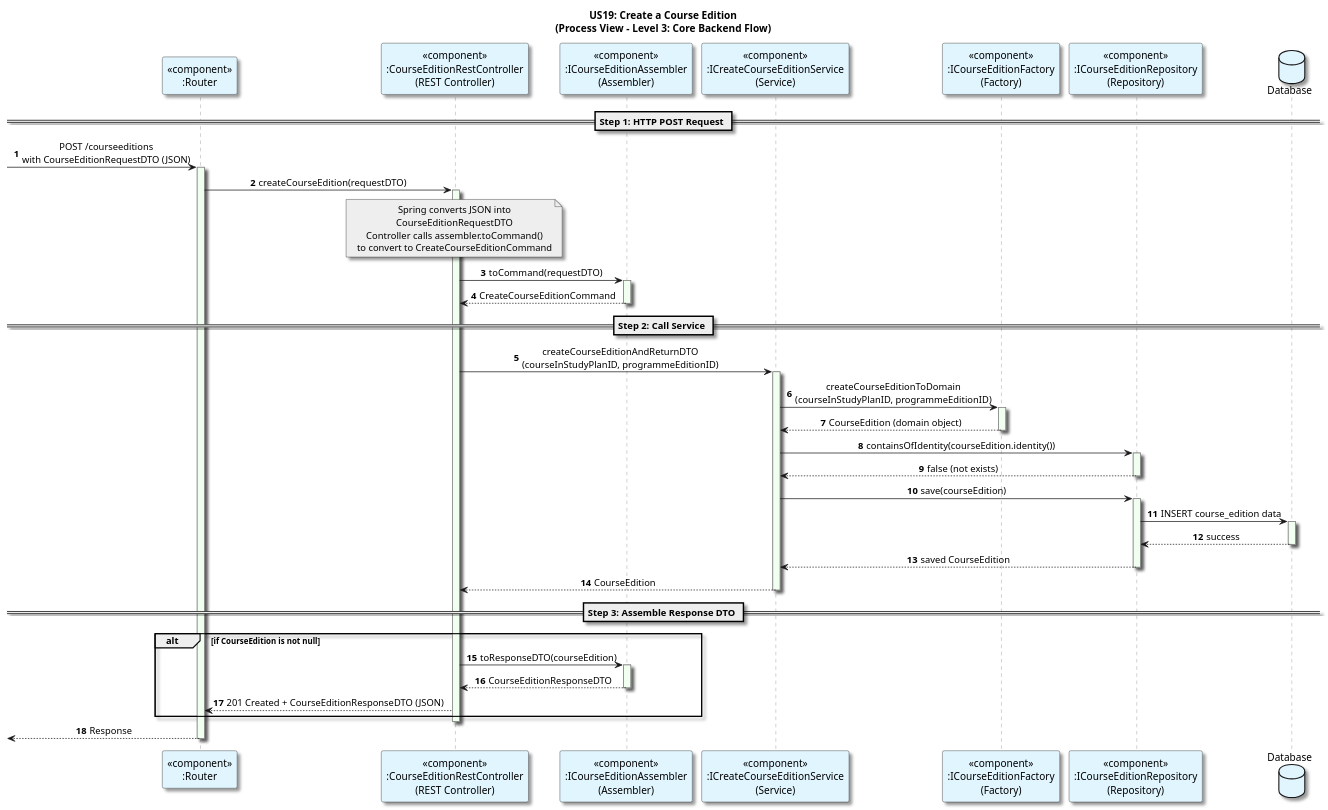
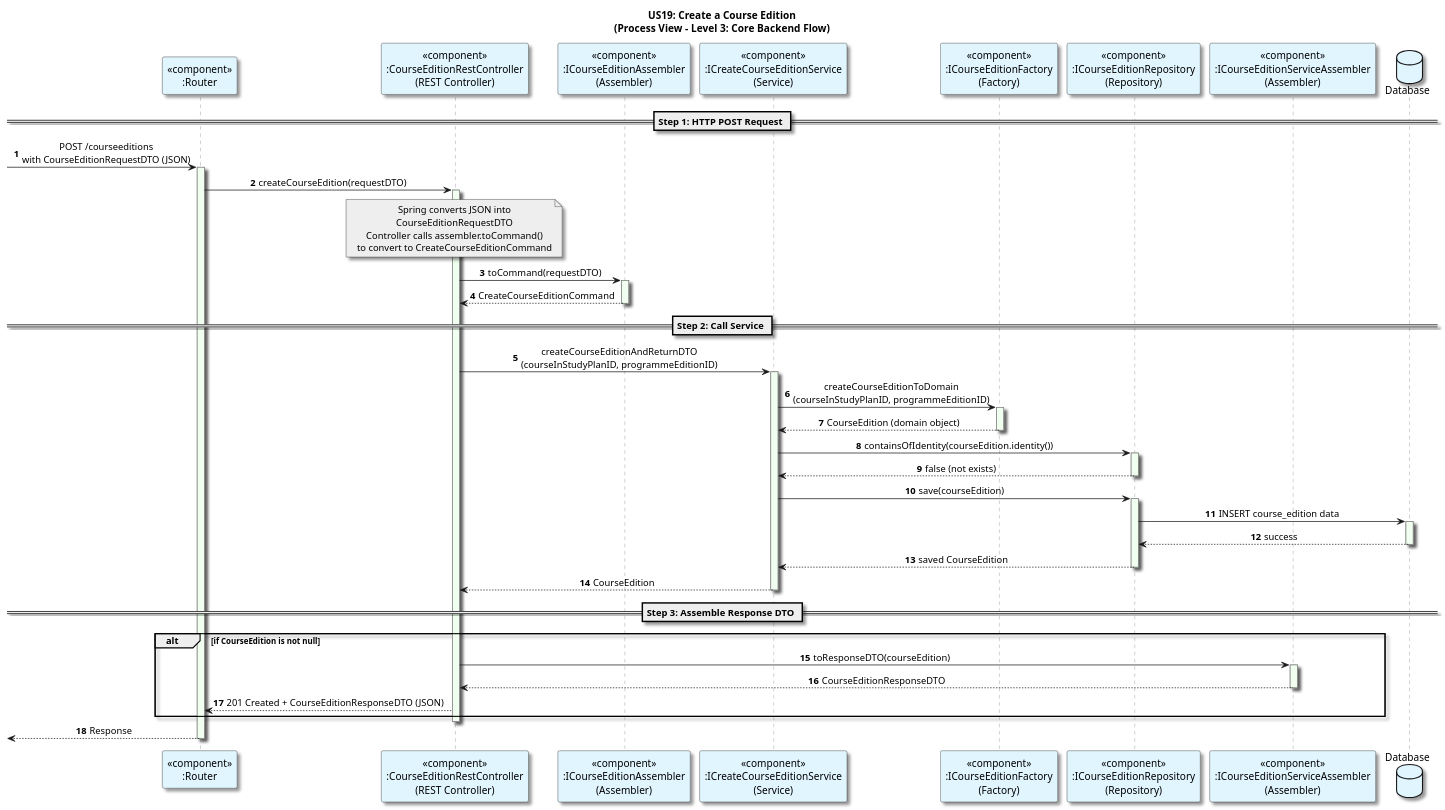
The diagram in docs/US19/Sprint6_RestAPI/ProcessView/CreateCourseEdition_ProcessView_Level3_Backend_Simplified.puml (GasparISEP/DevOps-PAI), drawn with PlantUML before and after one commit. The commit also changed 7 other files, not shown here.

Commit message:
[refactor] Extract toResponseDTO method to dedicated assembler and inject into CreateCourseEditionService to separate concerns: controller assembler (no domain knowledge) vs service assembler (with domain knowledge) (Refs: #537, #599)

```diff
--- a/docs/US19/Sprint6_RestAPI/ProcessView/CreateCourseEdition_ProcessView_Level3_Backend_Simplified.puml
+++ b/docs/US19/Sprint6_RestAPI/ProcessView/CreateCourseEdition_ProcessView_Level3_Backend_Simplified.puml
@@ -1,95 +1,96 @@
 @startuml
 title US19: Create a Course Edition\n(Process View - Level 3: Core Backend Flow)
 
 autonumber
 
 skinparam {
   ActivityPadding 2
   ActivityMargin 2
   BoxPadding 2
 }
 skinparam sequence {
     LifeLineBorderColor Grey
     LifeLineBackgroundColor HoneyDew
 }
 skinparam defaultTextAlignment center
 skinparam shadowing true
 
 participant "<<component>>\n:Router" as Router #E1F5FE
 participant "<<component>>\n:CourseEditionRestController\n(REST Controller)" as Controller #E1F5FE
 participant "<<component>>\n:ICourseEditionAssembler\n(Assembler)" as Assembler #E1F5FE
 participant "<<component>>\n:ICreateCourseEditionService\n(Service)" as Service #E1F5FE
 participant "<<component>>\n:ICourseEditionFactory\n(Factory)" as Factory #E1F5FE
 participant "<<component>>\n:ICourseEditionRepository\n(Repository)" as Repository #E1F5FE
+participant "<<component>>\n:ICourseEditionServiceAssembler\n(Assembler)" as SAssembler #E1F5FE
 database "Database" as DB #E1F5FE
 
 == Step 1: HTTP POST Request ==
 
 -> Router: POST /courseeditions\nwith CourseEditionRequestDTO (JSON)
 activate Router
 
 Router -> Controller: createCourseEdition(requestDTO)
 activate Controller
 
 note over Controller #EEEEEE
 Spring converts JSON into
 CourseEditionRequestDTO
 Controller calls assembler.toCommand()
 to convert to CreateCourseEditionCommand
 end note
 
 Controller -> Assembler: toCommand(requestDTO)
 activate Assembler
 Assembler --> Controller: CreateCourseEditionCommand
 deactivate Assembler
 
 
 == Step 2: Call Service ==
 
 Controller -> Service: createCourseEditionAndReturnDTO\n(courseInStudyPlanID, programmeEditionID)
 activate Service
 
 
 Service -> Factory: createCourseEditionToDomain\n(courseInStudyPlanID, programmeEditionID)
 activate Factory
 
 Factory --> Service: CourseEdition (domain object)
 deactivate Factory
 
 Service -> Repository: containsOfIdentity(courseEdition.identity())
 activate Repository
 Repository --> Service: false (not exists)
 deactivate Repository
 
 Service -> Repository: save(courseEdition)
 activate Repository
 
 Repository -> DB: INSERT course_edition data
 activate DB
 DB --> Repository: success
 deactivate DB
 
 Repository --> Service: saved CourseEdition
 deactivate Repository
 
 Service --> Controller: CourseEdition
 deactivate Service
 
 == Step 3: Assemble Response DTO ==
 
 alt if CourseEdition is not null
-    Controller -> Assembler: toResponseDTO(courseEdition)
-    activate Assembler
-    Assembler --> Controller: CourseEditionResponseDTO
-    deactivate Assembler
+    Controller -> SAssembler: toResponseDTO(courseEdition)
+    activate SAssembler
+    SAssembler --> Controller: CourseEditionResponseDTO
+    deactivate SAssembler
 
     Controller --> Router: 201 Created + CourseEditionResponseDTO (JSON)
 
 end
 
 deactivate Controller
 
 <-- Router: Response
 deactivate Router
 
 @enduml
```
